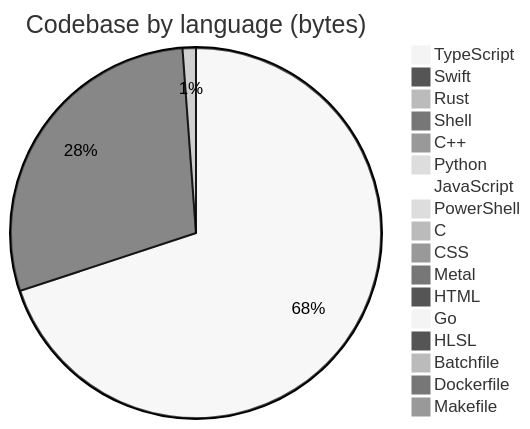
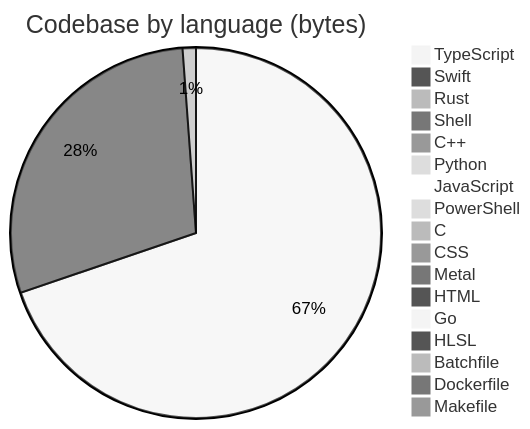
The diagram in profile/README.md (Open330/.github), drawn with Mermaid (neutral theme) before and after one commit. The commit also changed other lines of this file, not shown here.

````diff
--- a/profile/README.md
+++ b/profile/README.md
@@ -125,20 +125,20 @@
 ```mermaid
 pie title Codebase by language (bytes)
-    "TypeScript" : 33908550
-    "Swift" : 14008863
+    "TypeScript" : 33929646
+    "Swift" : 14130794
     "Rust" : 564235
-    "Shell" : 439422
+    "Shell" : 443039
     "C++" : 388775
     "Python" : 294503
-    "JavaScript" : 205071
+    "JavaScript" : 202082
     "PowerShell" : 128198
     "C" : 114143
-    "CSS" : 75124
+    "CSS" : 75566
     "Metal" : 33033
     "HTML" : 31957
     "Go" : 22811
     "HLSL" : 7527
     "Batchfile" : 5870
     "Dockerfile" : 4893
     "Makefile" : 1150
 ```
````
